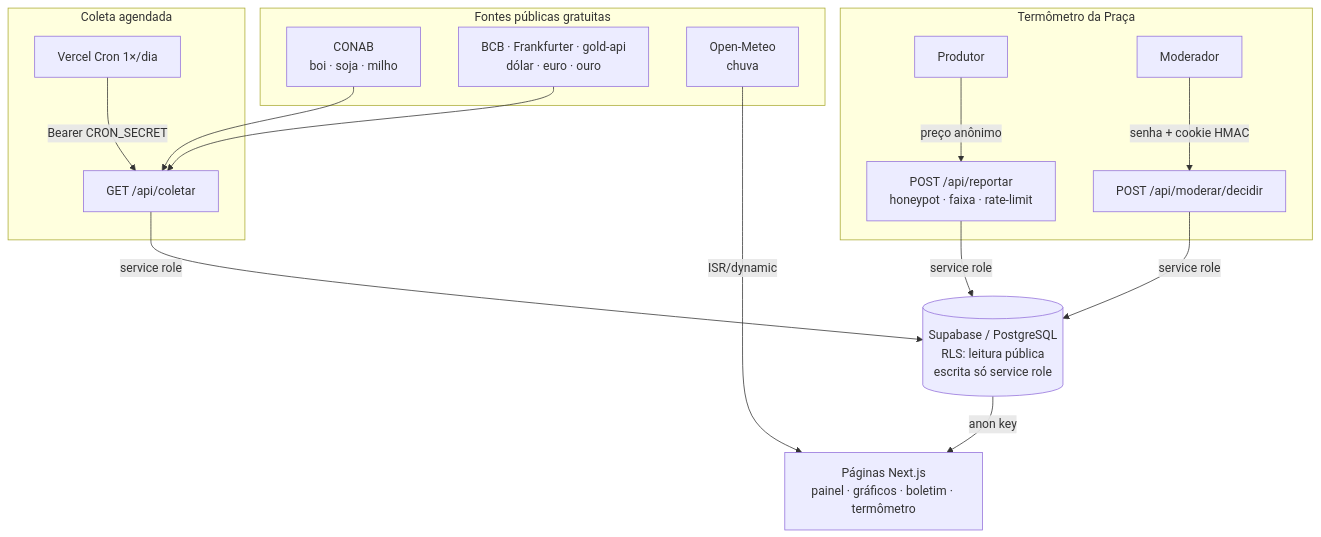
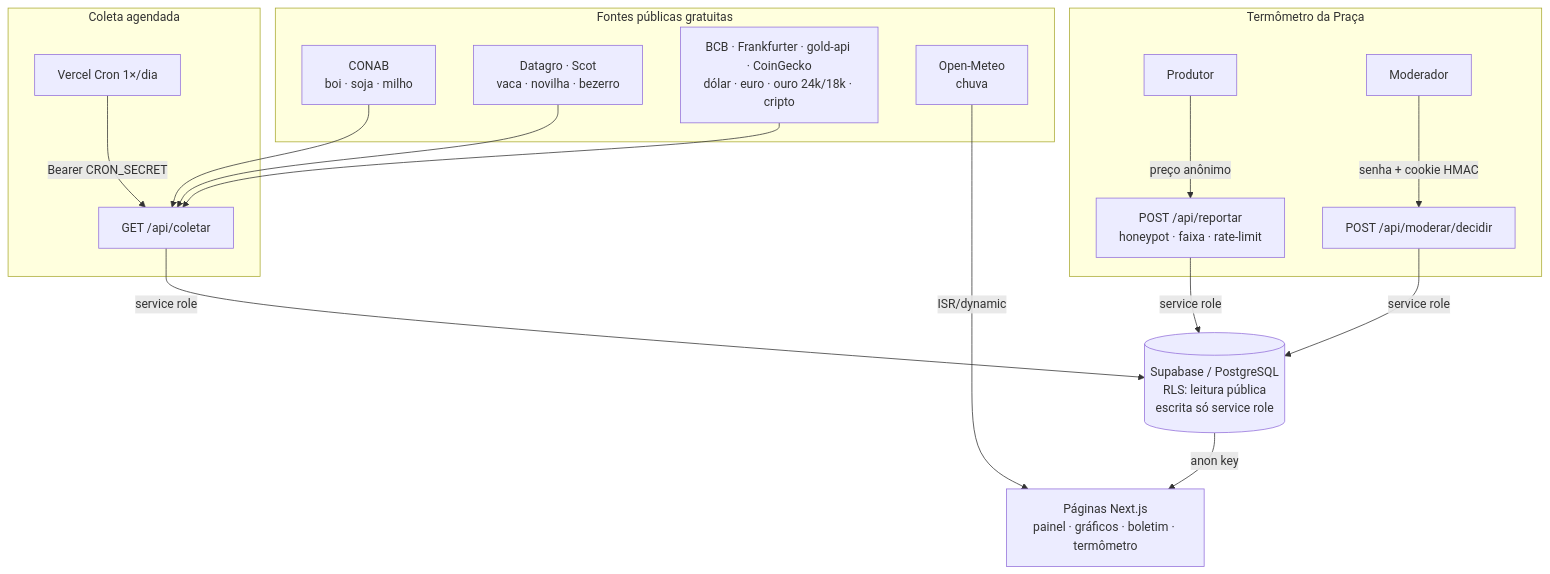
One commit to cielioqueiroz/praca-araguaia changed the first of 2 diagrams in README.md. Above: the diagram before and after it, drawn with Mermaid. The commit also changed other lines of this file and 31 other files, not shown here.

````diff
--- a/README.md
+++ b/README.md
@@ -95,26 +141,28 @@
 ```mermaid
 flowchart TD
     subgraph Fontes["Fontes públicas gratuitas"]
         CONAB["CONAB<br/>boi · soja · milho"]
-        CAMBIO["BCB · Frankfurter · gold-api<br/>dólar · euro · ouro"]
+        GADO["Datagro · Scot<br/>vaca · novilha · bezerro"]
+        CAMBIO["BCB · Frankfurter · gold-api · CoinGecko<br/>dólar · euro · ouro 24k/18k · cripto"]
         METEO["Open-Meteo<br/>chuva"]
     end
 
     subgraph Coleta["Coleta agendada"]
         CRON["Vercel Cron 1×/dia"] -->|Bearer CRON_SECRET| COLETAR["GET /api/coletar"]
         CONAB --> COLETAR
+        GADO --> COLETAR
         CAMBIO --> COLETAR
     end
 
     subgraph Reportes["Termômetro da Praça"]
         PROD["Produtor"] -->|preço anônimo| REPORTAR["POST /api/reportar<br/>honeypot · faixa · rate-limit"]
         MOD["Moderador"] -->|senha + cookie HMAC| DECIDIR["POST /api/moderar/decidir"]
     end
 
     COLETAR -->|service role| DB[("Supabase / PostgreSQL<br/>RLS: leitura pública<br/>escrita só service role")]
     REPORTAR -->|service role| DB
     DECIDIR -->|service role| DB
 
     DB -->|anon key| PAGES["Páginas Next.js<br/>painel · gráficos · boletim · termômetro"]
     METEO -->|ISR/dynamic| PAGES
 ```
````
